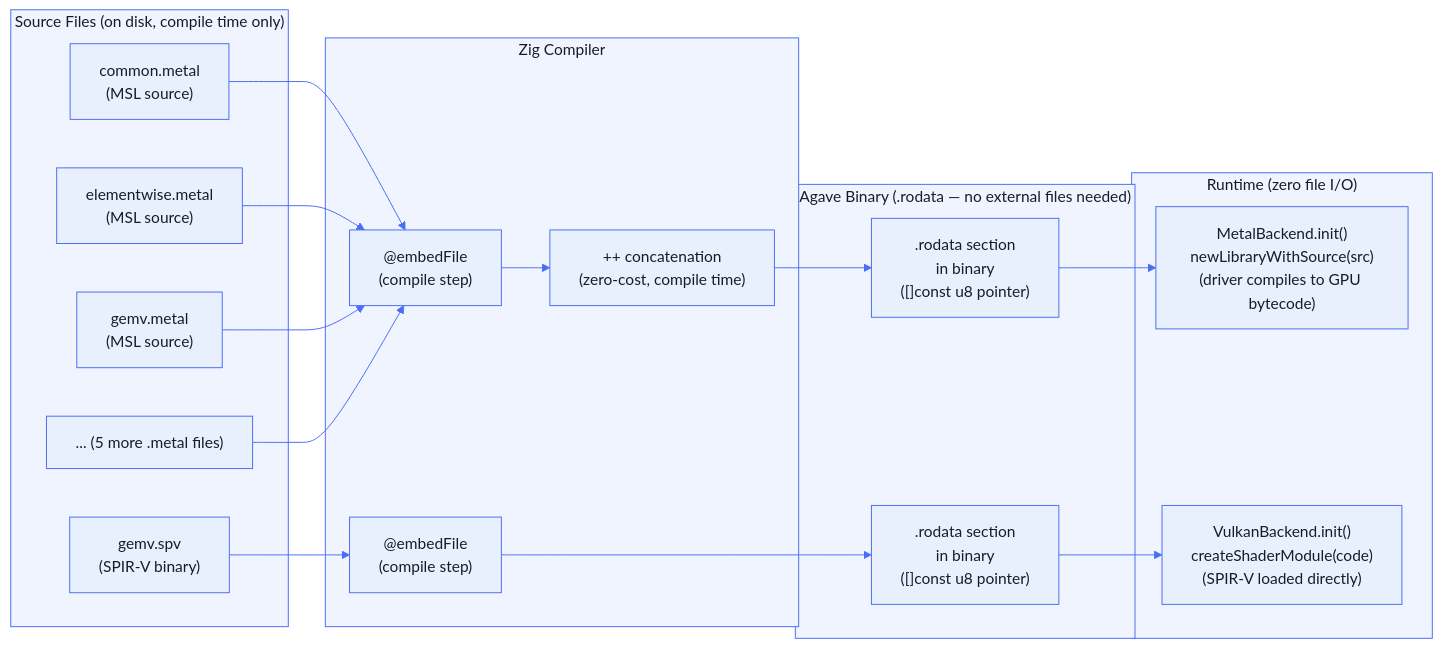
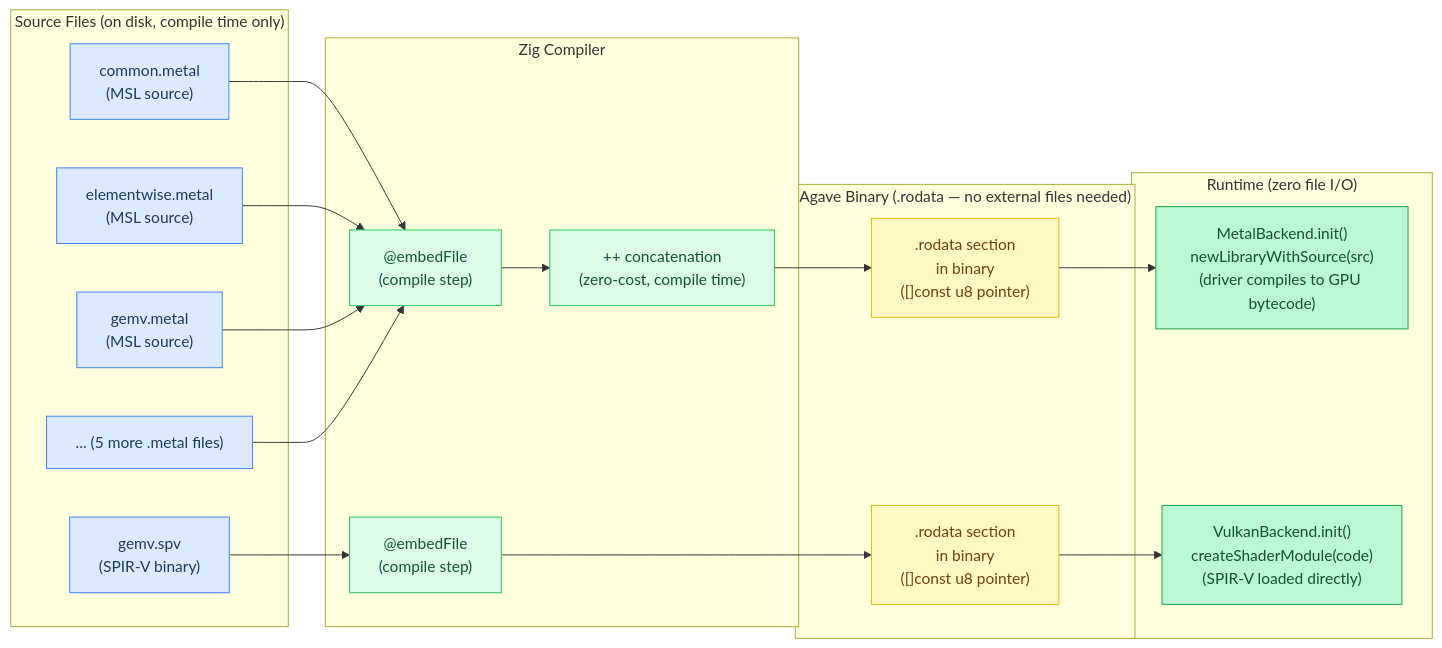
One commit to maci0/agave changed the fourth of 7 diagrams in docs/tutorial/appendix-compile-time.md. Above: the diagram before and after it, drawn with Mermaid. The commit also changed other lines of this file and 24 other files, not shown here.

First line of the commit message:
docs: convert all mermaid diagrams to classDef semantic colors

````diff
--- a/docs/tutorial/appendix-compile-time.md
+++ b/docs/tutorial/appendix-compile-time.md
@@ -300,59 +304,59 @@
 ```mermaid
-%%{init: {'theme': 'base', 'themeVariables': {
-  'primaryColor': '#e8f0fe',
-  'primaryTextColor': '#1a1a2e',
-  'primaryBorderColor': '#4a6cf7',
-  'lineColor': '#4a6cf7',
-  'secondaryColor': '#f0f4ff',
-  'tertiaryColor': '#f8f9ff',
-  'edgeLabelBackground': '#ffffff',
-  'clusterBkg': '#f0f4ff',
-  'clusterBorder': '#4a6cf7',
-  'titleColor': '#1a1a2e',
-  'nodeTextColor': '#1a1a2e',
-  'fontFamily': 'ui-monospace, SFMono-Regular, monospace'
-}}}%%
 flowchart LR
-    MSL1["common.metal\n(MSL source)"]
-    MSL2["elementwise.metal\n(MSL source)"]
-    MSL3["gemv.metal\n(MSL source)"]
-    MSLN["... (5 more .metal files)"]
-    SPV["gemv.spv\n(SPIR-V binary)"]
+    classDef setup     fill:#dbeafe,stroke:#3b82f6,color:#1e3a5f
+    classDef sync      fill:#dcfce7,stroke:#22c55e,color:#14532d
+    classDef migration fill:#fef9c3,stroke:#eab308,color:#713f12
+    classDef success   fill:#bbf7d0,stroke:#16a34a,color:#14532d
+    classDef danger    fill:#fee2e2,stroke:#ef4444,color:#7f1d1d
+    classDef optional  fill:#f3e8ff,stroke:#9333ea,color:#581c87
 
-    MSL1 --> EF["@embedFile\n(compile step)"]
+    MSL1["common.metal\n(MSL source)"]:::setup
+    MSL2["elementwise.metal\n(MSL source)"]:::setup
+    MSL3["gemv.metal\n(MSL source)"]:::setup
+    MSLN["... (5 more .metal files)"]:::setup
+    SPV["gemv.spv\n(SPIR-V binary)"]:::setup
+    EF["@embedFile\n(compile step)"]:::sync
+    EF2["@embedFile\n(compile step)"]:::sync
+    Concat["++ concatenation\n(zero-cost, compile time)"]:::sync
+    ROData[".rodata section\nin binary\n([]const u8 pointer)"]:::migration
+    ROData2[".rodata section\nin binary\n([]const u8 pointer)"]:::migration
+    Init["MetalBackend.init()\nnewLibraryWithSource(src)\n(driver compiles to GPU bytecode)"]:::success
+    Init2["VulkanBackend.init()\ncreateShaderModule(code)\n(SPIR-V loaded directly)"]:::success
+
+    MSL1 --> EF
     MSL2 --> EF
     MSL3 --> EF
     MSLN --> EF
-    SPV  --> EF2["@embedFile\n(compile step)"]
+    SPV  --> EF2
 
-    EF  --> Concat["++ concatenation\n(zero-cost, compile time)"]
-    Concat --> ROData[".rodata section\nin binary\n([]const u8 pointer)"]
-    EF2 --> ROData2[".rodata section\nin binary\n([]const u8 pointer)"]
+    EF  --> Concat
+    Concat --> ROData
+    EF2 --> ROData2
 
-    ROData  --> Init["MetalBackend.init()\nnewLibraryWithSource(src)\n(driver compiles to GPU bytecode)"]
-    ROData2 --> Init2["VulkanBackend.init()\ncreateShaderModule(code)\n(SPIR-V loaded directly)"]
+    ROData  --> Init
+    ROData2 --> Init2
 
     subgraph SourceFiles["Source Files (on disk, compile time only)"]
         MSL1
         MSL2
         MSL3
         MSLN
         SPV
     end
 
     subgraph CompileStep["Zig Compiler"]
         EF
         EF2
         Concat
     end
 
     subgraph Binary["Agave Binary (.rodata — no external files needed)"]
         ROData
         ROData2
     end
 
     subgraph Runtime["Runtime (zero file I/O)"]
         Init
         Init2
     end
 ```
````
